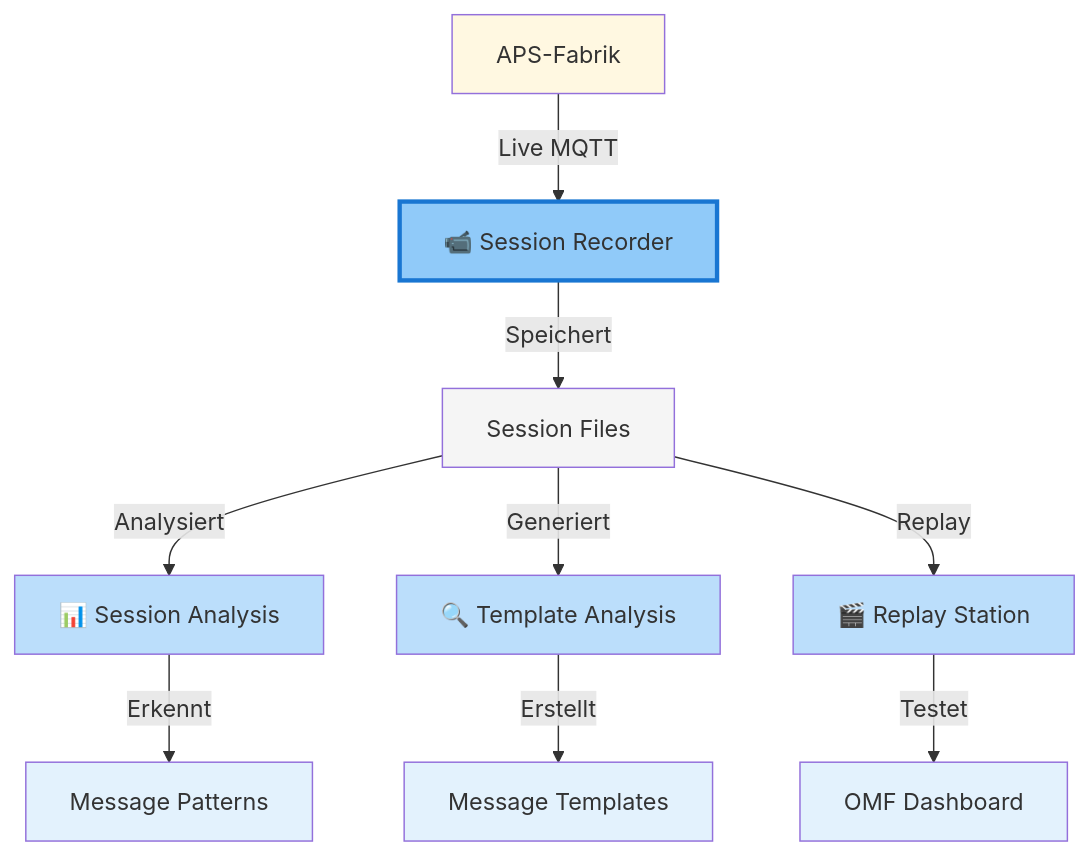
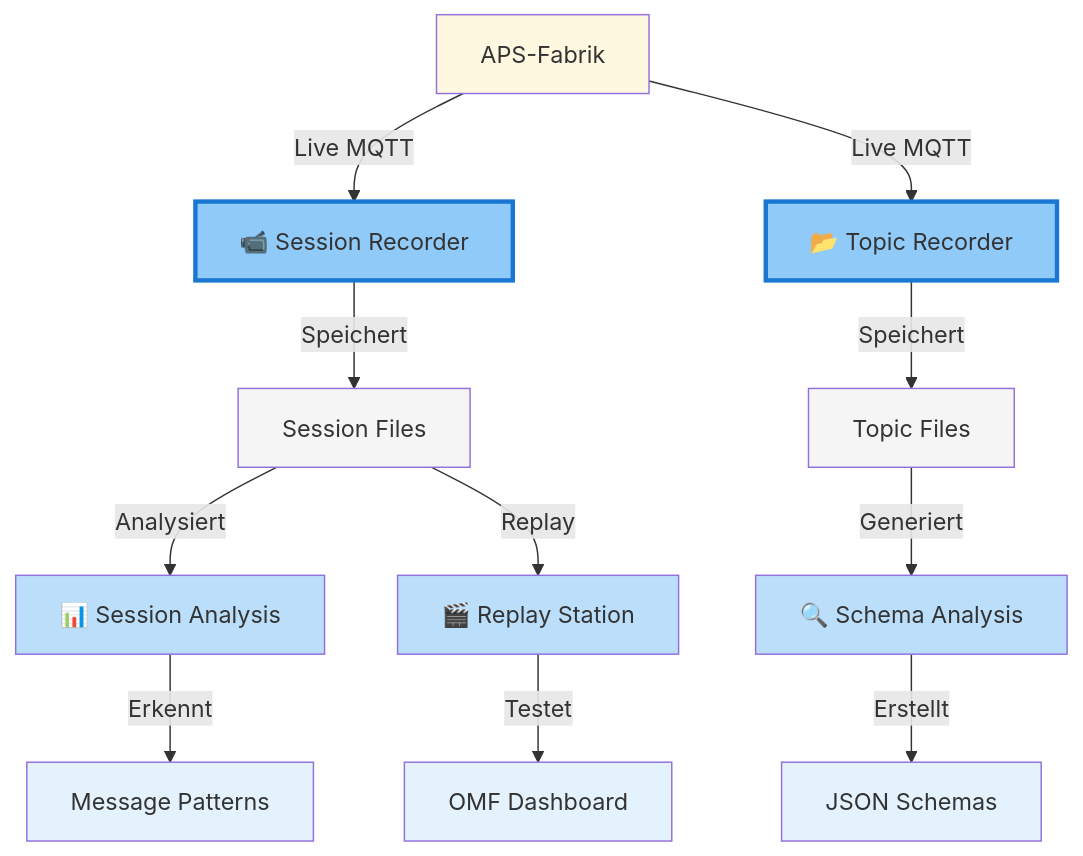
Before and after one commit to OliverBerger-ORBIS/ORBIS-Modellfabrik: the diagram in docs/04-howto/helper_apps/session-manager/README.md, drawn with Mermaid. The commit also changed other lines of this file and 2 other files, not shown here.

````diff
--- a/docs/04-howto/helper_apps/session-manager/README.md
+++ b/docs/04-howto/helper_apps/session-manager/README.md
@@ -16,23 +17,27 @@
 ```mermaid
 graph TD
     A[APS-Fabrik] -->|Live MQTT| B[📹 Session Recorder]
+    A -->|Live MQTT| B2[📂 Topic Recorder]
     B -->|Speichert| C[Session Files]
+    B2 -->|Speichert| C2[Topic Files]
     
     C -->|Analysiert| D[📊 Session Analysis]
-    C -->|Generiert| E[🔍 Template Analysis]
     C -->|Replay| F[🎬 Replay Station]
+    C2 -->|Generiert| E[🔍 Schema Analysis]
     
     D -->|Erkennt| G[Message Patterns]
-    E -->|Erstellt| H[Message Templates]
+    E -->|Erstellt| H[JSON Schemas]
     F -->|Testet| I[OMF Dashboard]
     
     style A fill:#fff8e1
     style B fill:#90caf9,stroke:#1976d2,stroke-width:3px
+    style B2 fill:#90caf9,stroke:#1976d2,stroke-width:3px
     style C fill:#f5f5f5
+    style C2 fill:#f5f5f5
     style D fill:#bbdefb
     style E fill:#bbdefb
     style F fill:#bbdefb
     style G fill:#e3f2fd
     style H fill:#e3f2fd
     style I fill:#e3f2fd
 ```
````
